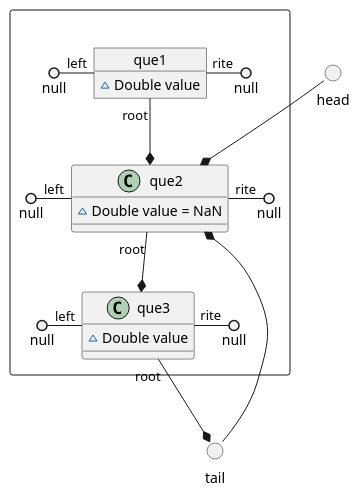
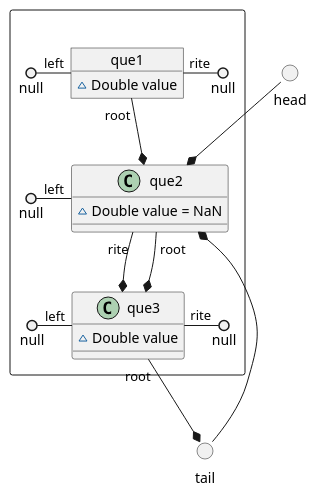
The diagram in src/docs/UML/reorderScheme/_03_queue.puml (vitalispopoff/calculator), drawn with PlantUML before and after one commit. The commit also changed 11 other files, not shown here.

```diff
--- a/src/docs/UML/reorderScheme/_03_queue.puml
+++ b/src/docs/UML/reorderScheme/_03_queue.puml
@@ -1,33 +1,33 @@
 @startuml
 
 () head
 () tail
 
 package " " <<Rectangle>>{
 
          head --* que2
 
     object que1{
         ~ Double value
     }
     null ()- "left" que1
         que1 "rite" -() null
         que1 "root" --* que2
 
     object que2{
         ~ Double value = NaN
     }
         null ()- "left" que2
-        que2 "rite" -() null
+        que2 "rite" --* que3
         que2 "root" --* que3
         que2 *-- tail
 
     object que3{
         ~ Double value
     }
         null ()- "left" que3
         que3 "rite" -() null
         que3 "root" --* tail
 }
 
 @enduml
```
